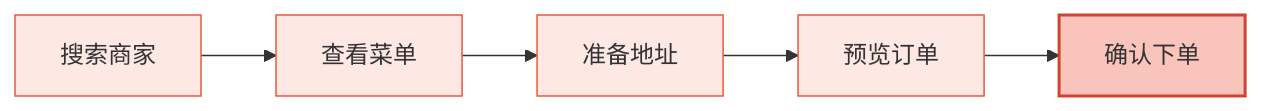
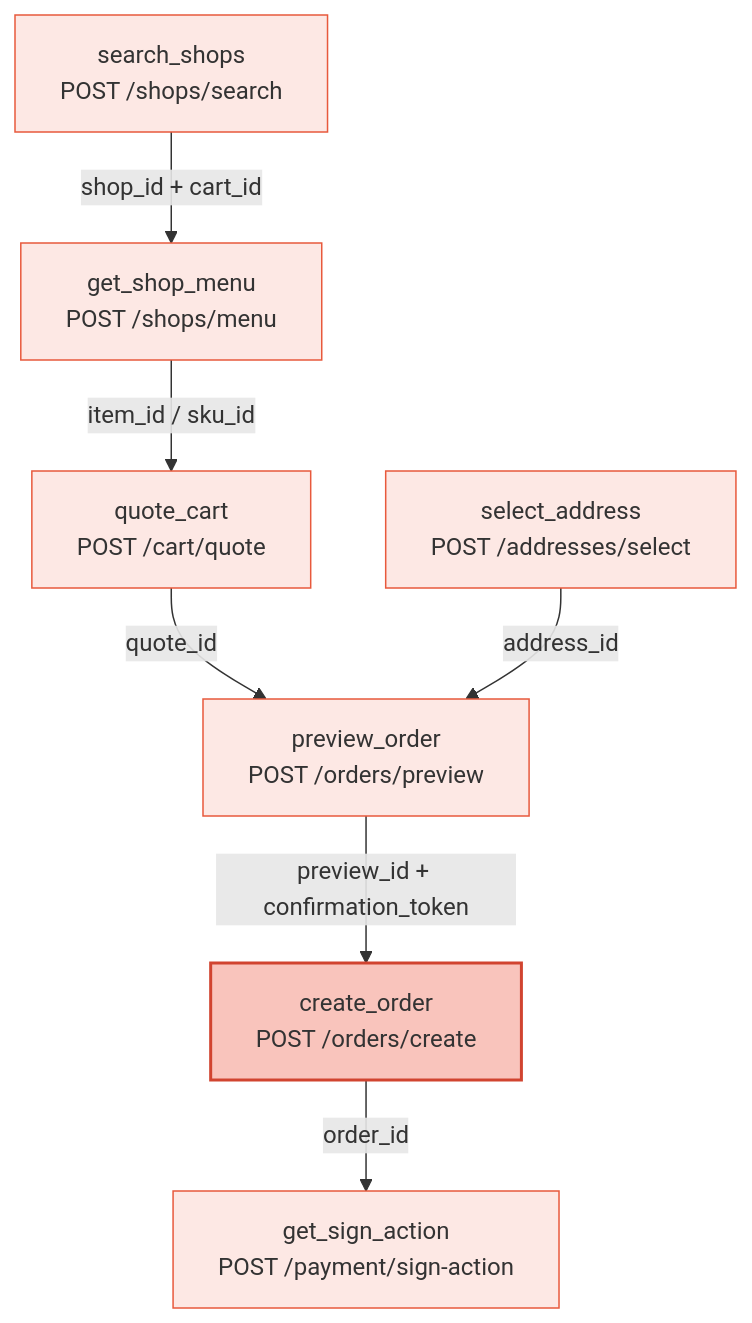
The diagram in gateway/order-flow.mdx (clawdot/docs), drawn with Mermaid before and after one commit. The commit also changed other lines of this file and 96 other files, not shown here.

````diff
--- a/gateway/order-flow.mdx
+++ b/gateway/order-flow.mdx
@@ -10,13 +14,17 @@
 ```mermaid
-flowchart LR
-  A["搜索商家"] --> B["查看菜单"]
-  B --> C["准备地址"]
-  C --> D["预览订单"]
-  D --> E["确认下单"]
+flowchart TD
+  A["search_shops<br/>POST /shops/search"] -->|"shop_id + cart_id"| B["get_shop_menu<br/>POST /shops/menu"]
+  B -->|"item_id / sku_id"| C["quote_cart<br/>POST /cart/quote"]
+  C -->|"quote_id"| E["preview_order<br/>POST /orders/preview"]
+  D["select_address<br/>POST /addresses/select"] -->|"address_id"| E
+  E -->|"preview_id + confirmation_token"| F["create_order<br/>POST /orders/create"]
+  F -->|"order_id"| G["get_sign_action<br/>POST /payment/sign-action"]
 
   style A fill:#fde8e4,stroke:#E8593C
   style B fill:#fde8e4,stroke:#E8593C
   style C fill:#fde8e4,stroke:#E8593C
   style D fill:#fde8e4,stroke:#E8593C
-  style E fill:#f9c4bc,stroke:#D14430,stroke-width:2px
+  style E fill:#fde8e4,stroke:#E8593C
+  style F fill:#f9c4bc,stroke:#D14430,stroke-width:2px
+  style G fill:#fde8e4,stroke:#E8593C
 ```
````
